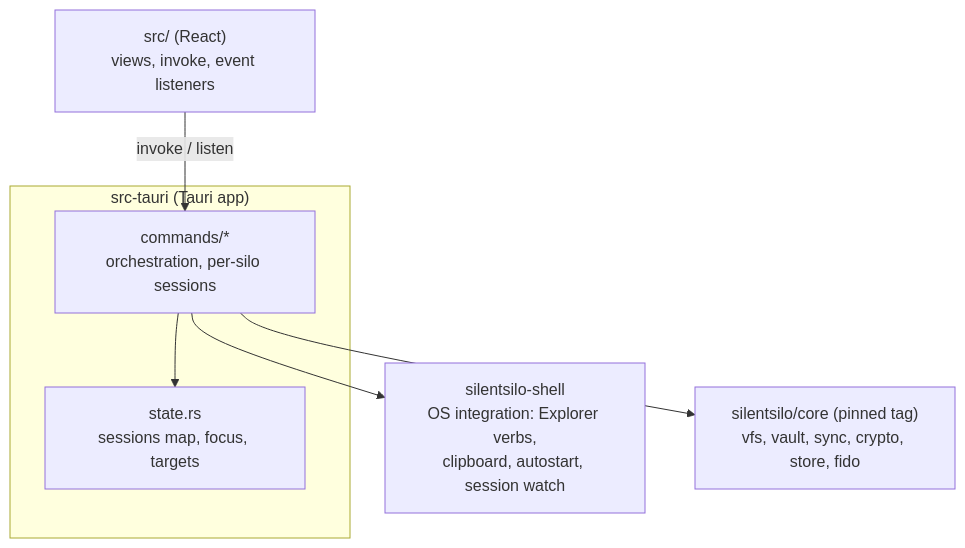
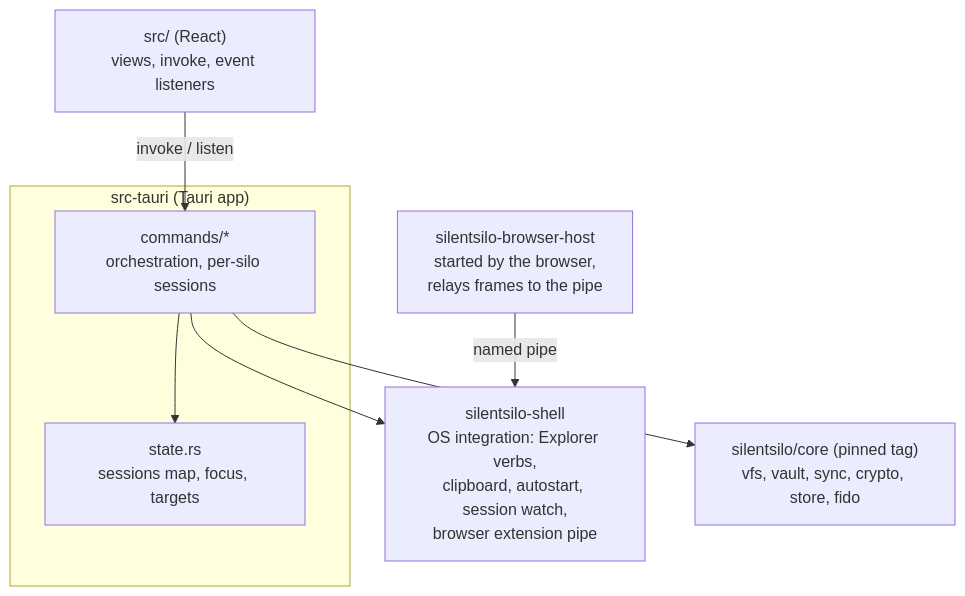
Before and after one commit to silentsilo/desktop: the first of 4 diagrams in docs/ARCHITECTURE.md, drawn with Mermaid. The commit also changed other lines of this file and 24 other files, not shown here.

First line of the commit message:
Answer the browser extension from login entries, confirmed in the app

````diff
--- a/docs/ARCHITECTURE.md
+++ b/docs/ARCHITECTURE.md
@@ -24,15 +24,17 @@
 ```mermaid
 flowchart TD
     subgraph app["src-tauri (Tauri app)"]
         CMD["commands/*<br/>orchestration, per-silo sessions"]
         STATE["state.rs<br/>sessions map, focus, targets"]
     end
-    SHELL["silentsilo-shell<br/>OS integration: Explorer verbs,<br/>clipboard, autostart, session watch"]
+    SHELL["silentsilo-shell<br/>OS integration: Explorer verbs,<br/>clipboard, autostart, session watch,<br/>browser extension pipe"]
+    HOST["silentsilo-browser-host<br/>started by the browser,<br/>relays frames to the pipe"]
     FE["src/ (React)<br/>views, invoke, event listeners"]
     CORE["silentsilo/core (pinned tag)<br/>vfs, vault, sync, crypto, store, fido"]
 
     FE -->|"invoke / listen"| CMD
     CMD --> STATE
     CMD --> SHELL
     CMD --> CORE
+    HOST -->|"named pipe"| SHELL
 ```
````
